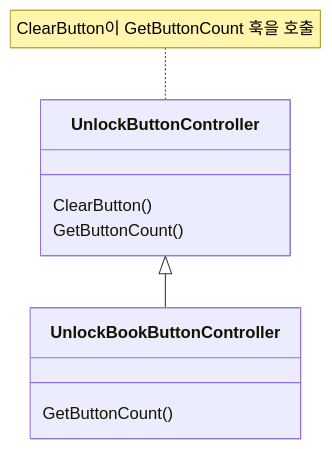
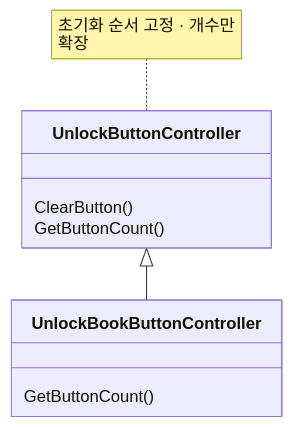
The first of 2 diagrams in portfolio/unlock-ui/README.md (1Seong/OMakHase), drawn with Mermaid before and after one commit. The commit also changed other lines of this file and 2 other files, not shown here.

Commit message:
docs: fix diagram text layout and feature sample emphasis

````diff
--- a/portfolio/unlock-ui/README.md
+++ b/portfolio/unlock-ui/README.md
@@ -9,10 +9,11 @@
 ```mermaid
+%%{init: {"htmlLabels": false, "themeVariables": {"fontFamily": "Arial, sans-serif"}, "flowchart": {"padding": 20, "diagramPadding": 20}, "sequence": {"diagramMarginX": 24, "diagramMarginY": 16, "wrap": true}}}%%
 classDiagram
   UnlockButtonController <|-- UnlockBookButtonController
   class UnlockButtonController {
     ClearButton()
     GetButtonCount()
   }
   UnlockBookButtonController : GetButtonCount()
-  note for UnlockButtonController "ClearButton이 GetButtonCount 훅을 호출"
+  note for UnlockButtonController "초기화 순서 고정 · 개수만 확장"
 ```
````
